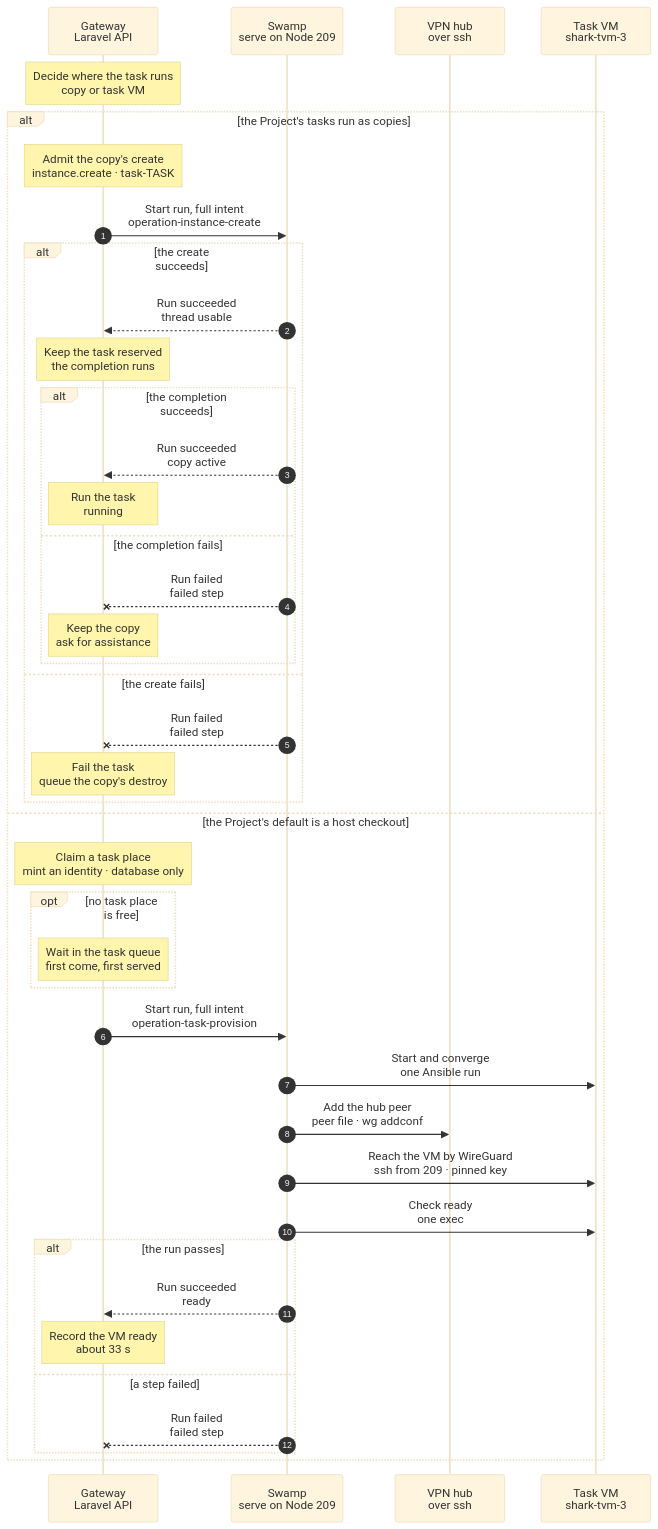
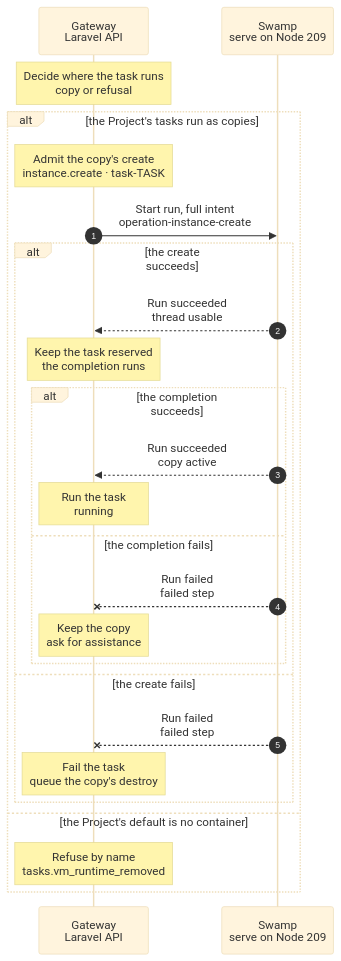
The diagram in docs/cli/task/start.mmd (hardimpactdev/orbit), drawn with Mermaid (base theme) before and after one commit. The commit also changed 9 other files, not shown here.

First line of the commit message:
docs(tasks): refuse the task VM runtime by name at every entry

```diff
--- a/docs/cli/task/start.mmd
+++ b/docs/cli/task/start.mmd
@@ -1,23 +1,19 @@
 sequenceDiagram
-  %% Target design (agreed with Nick, 2026-11-07): a task start copies the host's base VM snapshot and gives the copy a fresh identity. There are no fixed VM identities: a place is only room under the host's capacity (`task_places`), and the VM is named `<host>-tvm-<n>` by its place number.
-  %% Orchestrator 2026-11-13: a task of a nested-fleet Project starts as a copy of its default Instance instead: a clone `task-<id>` that the task owns. Task VMs stay off in the live fleet.
+  %% Target design: a task starts as a copy of its Project's default Instance, a clone `task-<id>` that the task owns (nested-fleet Projects since 2026-11-13).
   %% Nick 2026-11-14: every Project whose default Instance is a container gets task groups as copies too; a plain clone, with no inner fleet.
+  %% Orchestrator 2026-11-15 (step 5): task VMs are removed. A Project whose default is no container is refused by name; the VM claim and its queue are gone.
   %% status: draft
   %% command: task:start
   %% kind: tasks.provision
   autonumber
   %% lane GW icon=gateway pill=intent tone=blue
   %% lane SW icon=workflow pill=executes tone=green
-  %% lane HUB icon=server pill=target tone=purple
-  %% lane VM icon=server pill=task VM tone=purple
   participant GW as Gateway<br/>Laravel API
   participant SW as Swamp<br/>serve on Node 209
-  participant HUB as VPN hub<br/>over ssh
-  participant VM as Task VM<br/>shark-tvm-3
-  Note over GW: Decide where the task runs<br/>copy or task VM
+  Note over GW: Decide where the task runs<br/>copy or refusal
   %%> What it does:
-  %%> - `InstancePlacement::taskRuntime` decides once: a Project with `nested_fleet` on, or whose default Instance is a container, starts the task as a copy of that default; a Project whose default is a host checkout takes a task VM
-  %%> - no other step decides it; later steps follow the group's own workspace, and the task VM steps still refuse only a nested-fleet Project
+  %%> - `InstancePlacement::taskCopy` decides once: a Project with `nested_fleet` on, or whose default Instance is a container, starts the task as a copy of that default; any other Project is refused
+  %%> - no other step decides it; later steps follow the group's own workspace
   alt the Project's tasks run as copies
     Note over GW: Admit the copy's create<br/>instance.create · task-TASK
     %%> Requirements:
@@ -72,64 +68,11 @@
       %%> - an expired budget changes nothing: the run may still be stopping, so the task stays `reserved` with its copy
       %%> - while the task keeps the copy, `task:cancel` admits its destroy, and `orbit instance:destroy ID --yes --force` does too
     end
-  else the Project's default is a host checkout
-    Note over GW: Claim a task place<br/>mint an identity · database only
-    %%> Started by:
-    %%> - `task:start` for a todo group, from proof CI or feature work
+  else the Project's default is no container
+    Note over GW: Refuse by name<br/>tasks.vm_runtime_removed
     %%> Result:
-    %%> - the claim itself refuses a Project with `nested_fleet` on with `operation.kind_unavailable` (503), for the other kinds that claim a place, such as `tasks.prep`: no place, identity, workspace, wait or Operation is recorded; a waiting Operation that reaches the claim fails with the same code
-    %%> - a group of any Project but the proof Project is refused at once with `task_vm.project_unsupported`: the base carries only the proof Project's checkout, so no free place can serve it, and it never joins the wait queue
-    %%> - a task place in the separate task pool; a full pool waits up to two hours without an identity or workspace
-    %%> - the lowest free place number under the capacity of the host with the most room: `shark-tvm-3`
-    %%> - a fresh identity: the Node record with its `app-dev` role, a WireGuard key pair, the agent secret and an SSH host key, pinned on the Node from the start so nothing is read back
-    %%> - the claim's Pi token and Pi models file in the vault; the file holds the model router guard origin and the one fixed model key, the same for every VM
-    opt no task place is free
-      Note over GW: Wait in the task queue<br/>first come, first served
-      %%> What it does:
-      %%> - records the Operation as `waiting`, with the caller's request as its input; no VM, identity or workspace yet
-      %%> - retries the claim every 20 s, in queue order, for up to two hours; then fails with `tasks.capacity_timeout`
-      %%> Returns:
-      %%> - `operation:show` gives the input, `poll_after_seconds` 20 and `capacity_wait`: the queue position and the groups that hold the task places, each with its status and last activity
-      %%> - `task:show` gives the same `capacity_wait` on the group; `task:status` gives the places of every host and the whole queue
-      %%> Next:
-      %%> - a place frees when a holder publishes, ends or is cancelled; the claim then runs as above
-    end
-    GW->>SW: Start run, full intent<br/>operation-task-provision
-    SW->>VM: Start and converge<br/>one Ansible run
-    %%> What it does:
-    %%> - one `ansible-playbook` run with two parts, and no second start: the host part runs on the task VM host over ssh, then the converge runs on the VM over WireGuard
-    %%> - host part: `incus copy` of the base VM's recorded snapshot and a clone of its seed snapshot (ZFS clones); an identity volume of the VM with the identity and the claim (the Pi token and the Pi models file), pushed from the vault on stdin; then `incus start`. It waits for nothing in the guest
-    %%> - Pi calls the guard with the fixed key from the VM's own WireGuard address; the start makes no model router call and registers no key
-    %%> - at boot, the base's `orbit-identity` unit applies the identity volume before sshd, WireGuard and the agent start, then unmounts it; sshd answers over WireGuard about 12 s after the start (measured 2026-11-07)
-    %%> - the containers start by themselves (`boot.autostart`) and already hold the proof Swamp Club key of the base
-    %%> - converge part: the same Ansible converge as the release refresh, with the address and host key of the admission; it waits up to 300 s for a successful SSH connection over WireGuard, polling every second, then waits for cloud-init; a fast boot continues at once
-    %%> - the glue is one write of the intent and the step that builds the playbook input and starts Ansible; nothing is read from the host
-    %%> - with no delta every part is skipped, each phase as one skipped task (a dynamic include), and it catches up a small delta when main moved since the last release
-    %%> - the nested Gateway's services restart only when `apps/gateway` changed since the base, and its agent delivery manifest is placed only when the pinned agent build changed; a commit that changes neither does neither
-    %%> - the containers' `base` snapshots belong to the refresh: a task start never retakes them
-    %%> - then the new task branch on the checkout; it waits for no nested service
-    SW->>HUB: Add the hub peer<br/>peer file · wg addconf
-    %%> Runs beside the step before it: Swamp starts both at once.
-    %%> What it does:
-    %%> - the VM's public key and address on the WireGuard hub, while the VM boots; the converge part waits for the connection, and the readiness steps below wait for this step
-    SW->>VM: Reach the VM by WireGuard<br/>ssh from 209 · pinned key
-    %%> What it does:
-    %%> - the path every later step takes (sync, check, turn, script): ssh from a Swamp worker to the VM's WireGuard address with its pinned host key
-    %%> - runs beside the readiness read
-    SW->>VM: Check ready<br/>one exec
-    %%> What it does:
-    %%> - what a task needs: the agent, Pi, the tunnel and the three containers running; Swamp's `assert` decides
-    %%> - the tunnel counts as up once WireGuard has a handshake with the hub; the hub answers no ping from a task VM
-    alt the run passes
-      SW-->>GW: Run succeeded<br/>ready
-      Note over GW: Record the VM ready<br/>about 33 s
-      %%> Measured 2026-11-07, three starts on a current base: 32-34 s from admission to ready, above the earlier target of 10-15 s:
-      %%> - Swamp writes the intent 1 s; the Ansible run 28 s: its own start 2 s, host part 8 s, wait for sshd 12 s, converge 6 s; the playbook input is removed 2 s; readiness 2 s
-      %%> - what is left to cut: the wait for sshd (VM boot) and the host part (about 14 `incus` calls for the identity)
-      %%> - one start with a commit three commits past the base, with a changed migration, took 45 s: the nested Gateway's migrate 7 s and restart 1 s, and the rest in the checkout and the delta's work
-    else a step failed
-      SW--xGW: Run failed<br/>failed step
-      %%> On failure:
-      %%> - the release runs: the VM, its seed clone, its identity volume, the hub peer, the keys and the Node record go, and the place is free
-    end
+    %%> - HTTP 422 `tasks.vm_runtime_removed`: task VMs are removed, and a task runs only in a copy of its Project's default container Instance
+    %%> - the message says what to do: give the Project a container default, then use task:start, task:turn, task:check and task:publish
+    %%> - nothing is recorded: the task stays `todo` with no workspace, and no Operation, VM, identity or wait exists
+    %%> - every task VM command answers the same refusal first: a turn of a group without a copy, prep, prep-fix, build, review round, package and script
   end
```
